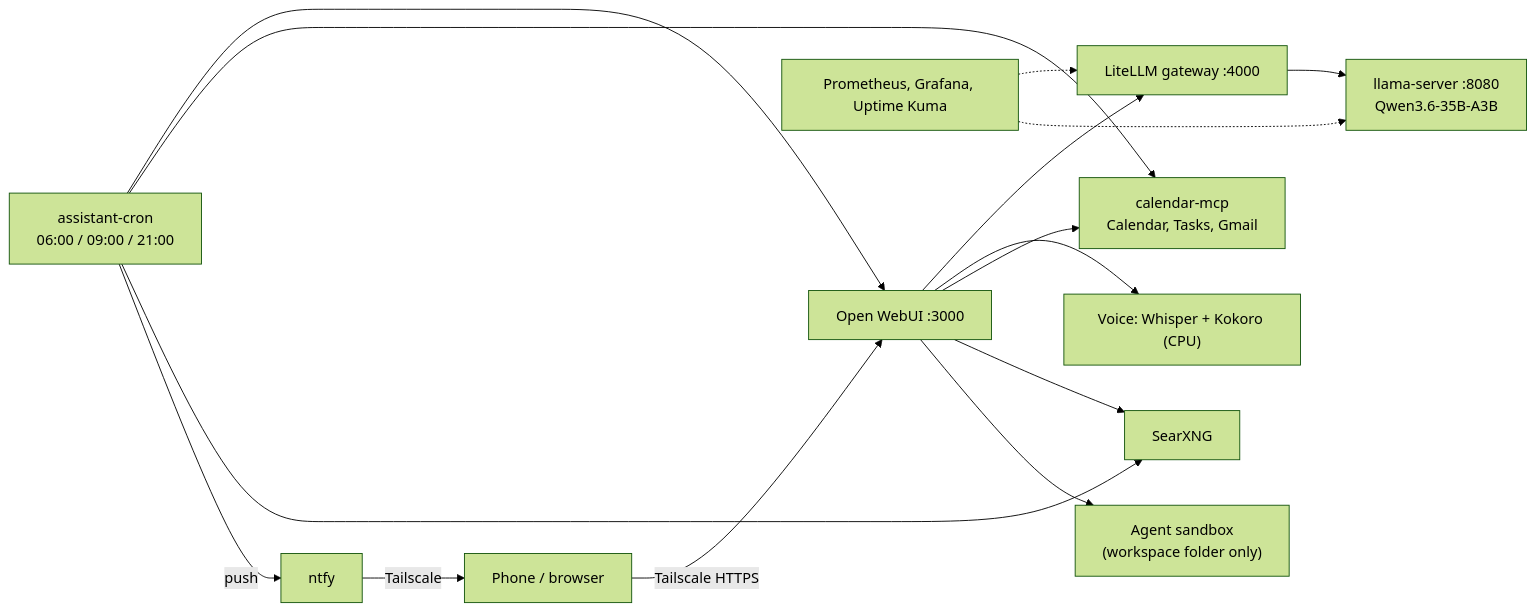
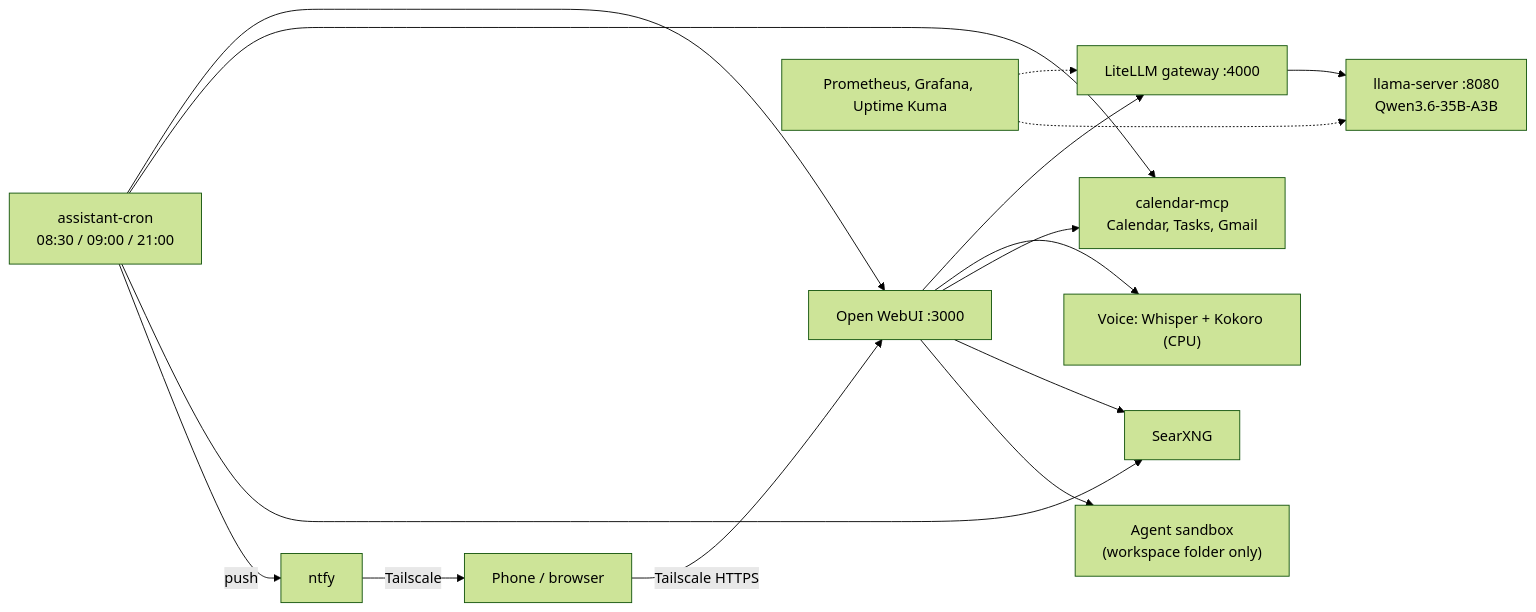
Before and after one commit to lcduc/ULTRON: the diagram in README.md, drawn with Mermaid (forest theme). The commit also changed other lines of this file and 3 other files, not shown here.

````diff
--- a/README.md
+++ b/README.md
@@ -26,17 +26,17 @@
 ```mermaid
 flowchart LR
     Dev["Phone / browser"] -->|Tailscale HTTPS| OW["Open WebUI :3000"]
     OW --> LL["LiteLLM gateway :4000"]
     LL --> LS["llama-server :8080<br/>Qwen3.6-35B-A3B"]
     OW --> Voice["Voice: Whisper + Kokoro (CPU)"]
     OW --> MCP["calendar-mcp<br/>Calendar, Tasks, Gmail"]
     OW --> Search["SearXNG"]
     OW --> Box["Agent sandbox<br/>(workspace folder only)"]
-    Cron["assistant-cron<br/>06:00 / 09:00 / 21:00"] --> OW
+    Cron["assistant-cron<br/>08:30 / 09:00 / 21:00"] --> OW
     Cron --> MCP
     Cron --> Search
     Cron -->|push| Ntfy["ntfy"]
     Ntfy -->|Tailscale| Dev
     Mon["Prometheus, Grafana, Uptime Kuma"] -.-> LL
     Mon -.-> LS
 ```
````
